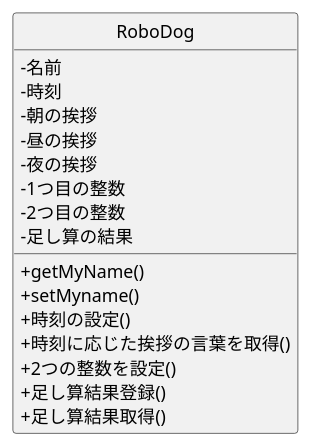
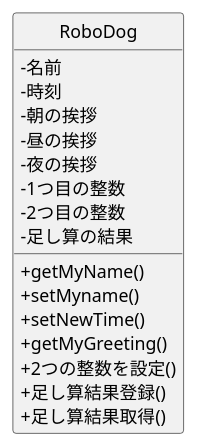
One commit to YoshinagaSho/ohara_uml changed the diagram in 06_robo_dog/class.pu. Above: the diagram before and after it, drawn with PlantUML. The commit also changed 3 other files, not shown here.

```diff
--- a/06_robo_dog/class.pu
+++ b/06_robo_dog/class.pu
@@ -1,24 +1,24 @@
 @startuml Robodogクラス図
 skinparam classAttributeIconSize 0
 hide circle
 
 class RoboDog {
  -名前
  -時刻
  -朝の挨拶
  -昼の挨拶
  -夜の挨拶
  -1つ目の整数
  -2つ目の整数
  -足し算の結果
 
  +getMyName()
  +setMyname()
- +時刻の設定()
- +時刻に応じた挨拶の言葉を取得()
+ +setNewTime()
+ +getMyGreeting()
  +2つの整数を設定()
  +足し算結果登録()
  +足し算結果取得()
 }
 
 @enduml
```
